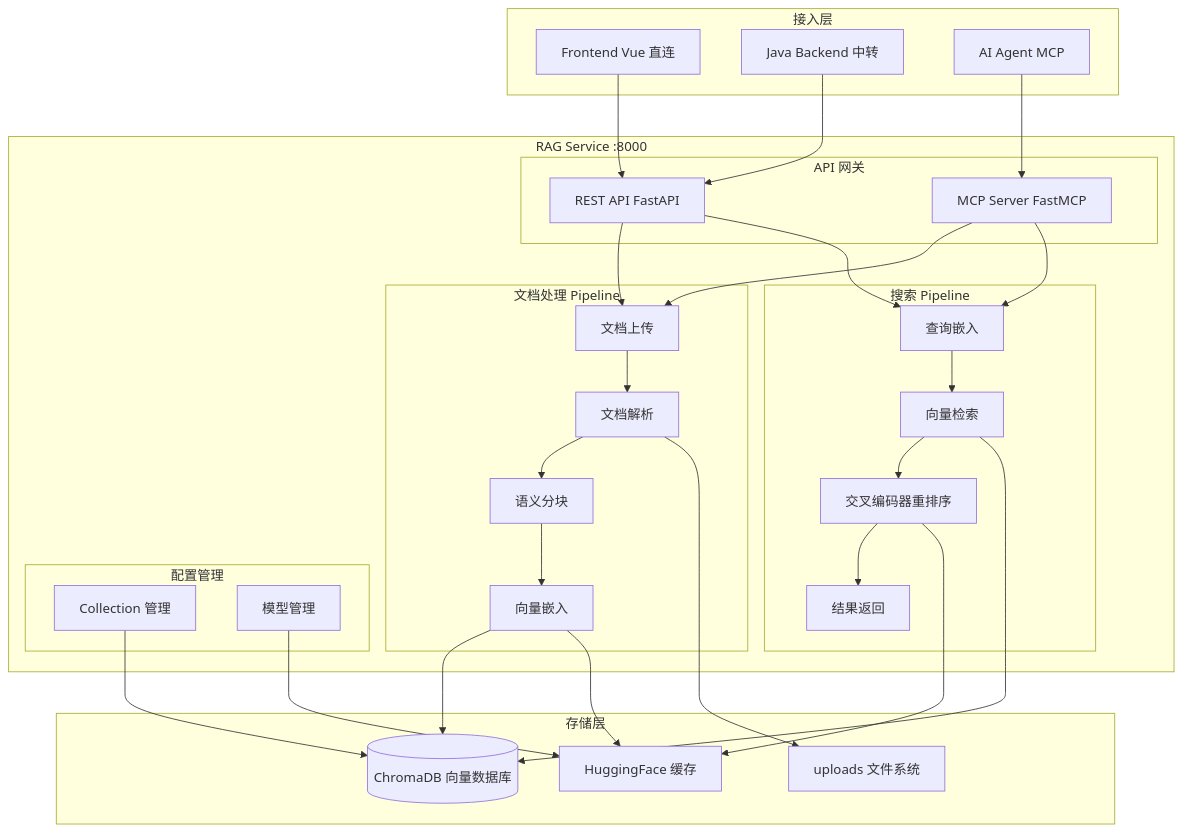
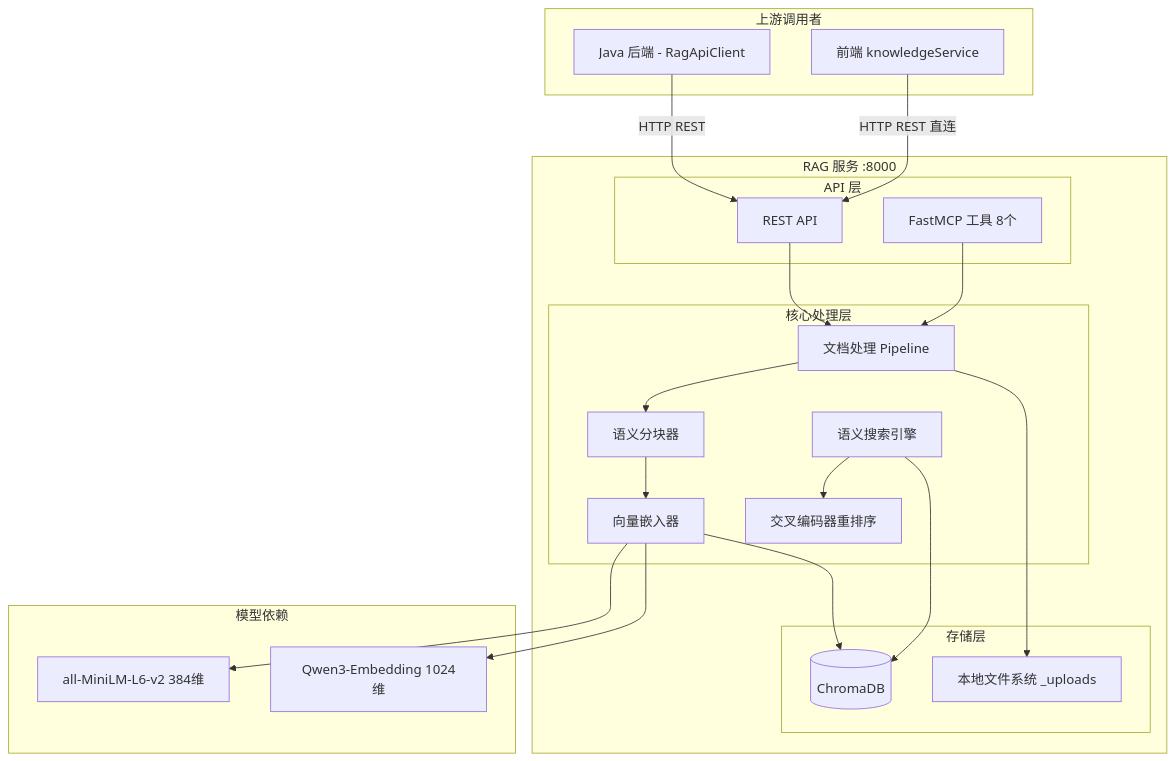
Before and after one commit to mambo-wang/CodingHub: the first of 3 diagrams in repowiki/rag-service.md, drawn with Mermaid. The commit also changed other lines of this file and 14 other files, not shown here.

````diff
--- a/repowiki/rag-service.md
+++ b/repowiki/rag-service.md
@@ -13,66 +13,48 @@
 ```mermaid
 graph TD
-    subgraph Clients["接入层"]
-        FE[Frontend Vue 直连]
-        BE[Java Backend 中转]
-        MCP[AI Agent MCP]
+    subgraph Clients["上游调用者"]
+        Backend[Java 后端 - RagApiClient]
+        Frontend[前端 knowledgeService]
     end
 
-    subgraph RAGService["RAG Service :8000"]
-        subgraph API["API 网关"]
-            REST[REST API FastAPI]
-            MCPServer[MCP Server FastMCP]
+    subgraph RAG["RAG 服务 :8000"]
+        subgraph API["API 层"]
+            REST[REST API]
+            MCP[FastMCP 工具 8个]
         end
 
-        subgraph Pipeline["文档处理 Pipeline"]
-            Upload[文档上传]
-            Parse[文档解析]
-            Chunk[语义分块]
-            Embed[向量嵌入]
+        subgraph Core["核心处理层"]
+            DocProc[文档处理 Pipeline]
+            Chunker[语义分块器]
+            Embedder[向量嵌入器]
+            Reranker[交叉编码器重排序]
+            Searcher[语义搜索引擎]
         end
 
-        subgraph Search["搜索 Pipeline"]
-            Query[查询嵌入]
-            Retrieve[向量检索]
-            Rerank[交叉编码器重排序]
-            Result[结果返回]
-        end
-
-        subgraph Config["配置管理"]
-            CollMgr[Collection 管理]
-            ModelMgr[模型管理]
+        subgraph Storage["存储层"]
+            ChromaDB[(ChromaDB)]
+            FS[本地文件系统 _uploads]
         end
     end
 
-    subgraph Storage["存储层"]
-        ChromaDB[(ChromaDB 向量数据库)]
-        Uploads[uploads 文件系统]
-        Cache[HuggingFace 缓存]
+    subgraph Models["模型依赖"]
+        MiniLM[all-MiniLM-L6-v2 384维]
+        Qwen[Qwen3-Embedding 1024维]
     end
 
-    FE --> REST
-    BE --> REST
-    MCP --> MCPServer
+    Backend -->|HTTP REST| REST
+    Frontend -->|HTTP REST 直连| REST
+    REST --> DocProc
+    MCP --> DocProc
 
-    REST --> Upload
-    REST --> Query
-    MCPServer --> Upload
-    MCPServer --> Query
+    DocProc --> Chunker
+    Chunker --> Embedder
+    Embedder --> ChromaDB
+    Searcher --> ChromaDB
+    Searcher --> Reranker
 
-    Upload --> Parse
-    Parse --> Chunk
-    Chunk --> Embed
-    Embed --> ChromaDB
+    Embedder --> MiniLM
+    Embedder --> Qwen
 
-    Query --> Retrieve
-    Retrieve --> Rerank
-    Rerank --> Result
-    Retrieve --> ChromaDB
-
-    CollMgr --> ChromaDB
-    ModelMgr --> Cache
-
-    Parse --> Uploads
-    Embed --> Cache
-    Rerank --> Cache
+    DocProc --> FS
 ```
````
